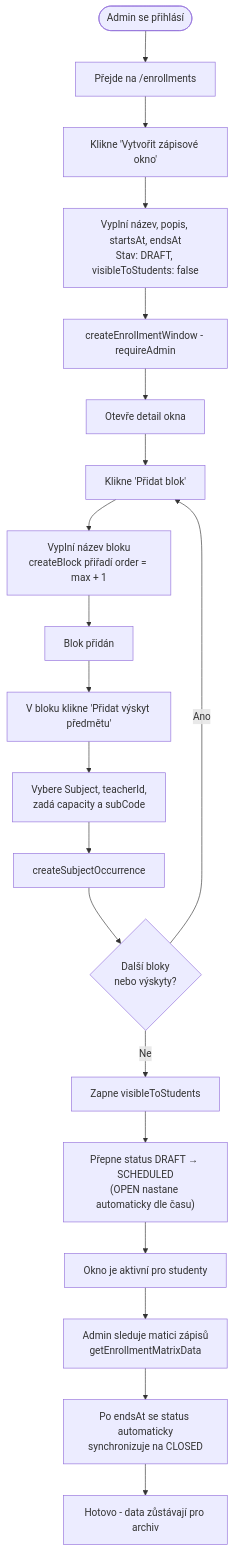
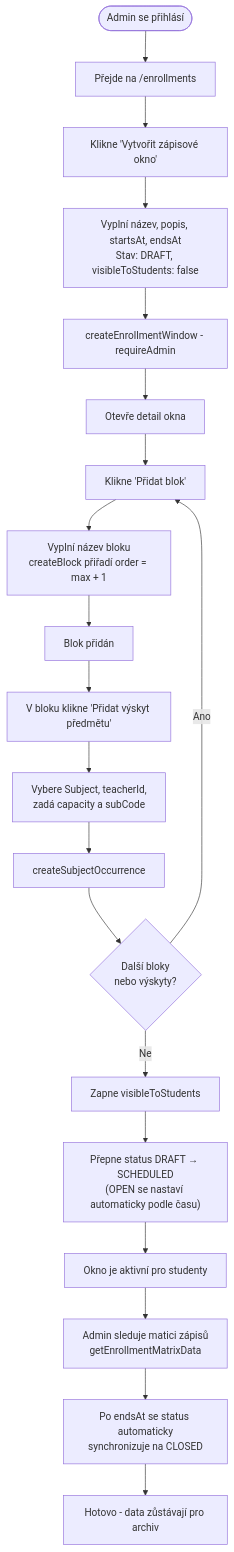
Before and after one commit to javor55/SeminarIS: the third of 3 diagrams in README.md, drawn with Mermaid. The commit also changed other lines of this file, not shown here.

````diff
--- a/README.md
+++ b/README.md
@@ -214,26 +214,26 @@
 ```mermaid
 flowchart TD
     A([Admin se přihlásí]) --> B[Přejde na /enrollments]
     B --> C[Klikne 'Vytvořit zápisové okno']
     C --> D["Vyplní název, popis, startsAt, endsAt<br/>Stav: DRAFT, visibleToStudents: false"]
     D --> E[createEnrollmentWindow - requireAdmin]
 
     E --> F[Otevře detail okna]
     F --> G[Klikne 'Přidat blok']
     G --> H["Vyplní název bloku<br/>createBlock přiřadí order = max + 1"]
     H --> I[Blok přidán]
 
     I --> J[V bloku klikne 'Přidat výskyt předmětu']
     J --> K["Vybere Subject, teacherId,<br/>zadá capacity a subCode"]
     K --> L[createSubjectOccurrence]
 
     L --> M{Další bloky<br/>nebo výskyty?}
     M -- Ano --> G
     M -- Ne --> N[Zapne visibleToStudents]
-    N --> O["Přepne status DRAFT → SCHEDULED<br/>(OPEN nastane automaticky dle času)"]
+    N --> O["Přepne status DRAFT → SCHEDULED<br/>(OPEN se nastaví automaticky podle času)"]
     O --> P[Okno je aktivní pro studenty]
 
     P --> Q[Admin sleduje matici zápisů<br/>getEnrollmentMatrixData]
     Q --> R["Po endsAt se status automaticky<br/>synchronizuje na CLOSED"]
     R --> S[Hotovo - data zůstávají pro archiv]
 ```
````
